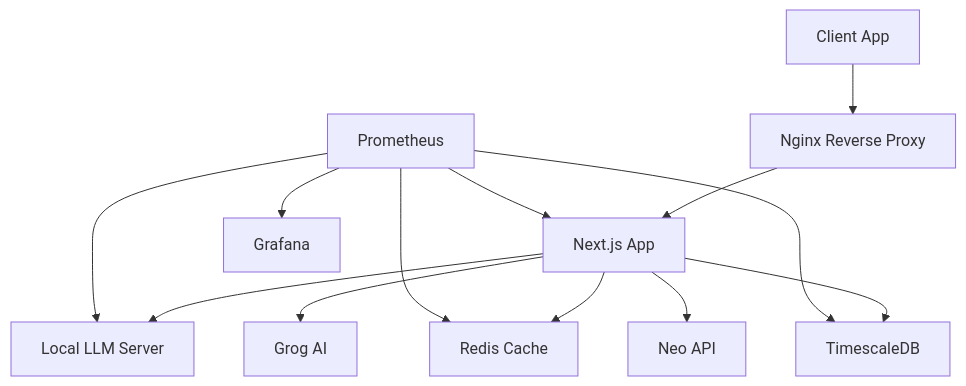
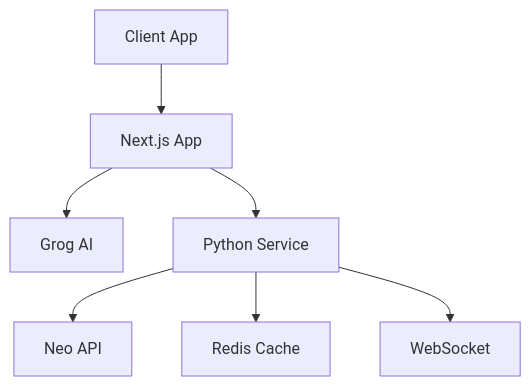
Before and after one commit to p0staltomsk/project9: the diagram in docs/INFRASTRUCTURE.md, drawn with Mermaid. The commit also changed other lines of this file and 18 other files, not shown here.

Commit message:
unit tests for service passed and docker integration tests passed colab with fron client ok stable

````diff
--- a/docs/INFRASTRUCTURE.md
+++ b/docs/INFRASTRUCTURE.md
@@ -5,16 +5,9 @@
 ```mermaid
 graph TD
-    Client[Client App] --> Nginx[Nginx Reverse Proxy]
-    Nginx --> NextJS[Next.js App]
-    NextJS --> LocalLLM[Local LLM Server]
-    NextJS --> Redis[Redis Cache]
-    NextJS --> TimescaleDB[TimescaleDB]
+    Client[Client App] --> NextJS[Next.js App]
     NextJS --> GrogAPI[Grog AI]
-    NextJS --> NeoAPI[Neo API]
-    
-    Prometheus[Prometheus] --> Grafana[Grafana]
-    Prometheus --> NextJS
-    Prometheus --> LocalLLM
-    Prometheus --> Redis
-    Prometheus --> TimescaleDB
+    NextJS --> SERVICE[Python Service]
+    SERVICE --> NeoAPI[Neo API]
+    SERVICE --> Redis[Redis Cache]
+    SERVICE --> WebSocket[WebSocket]
 ```
````
